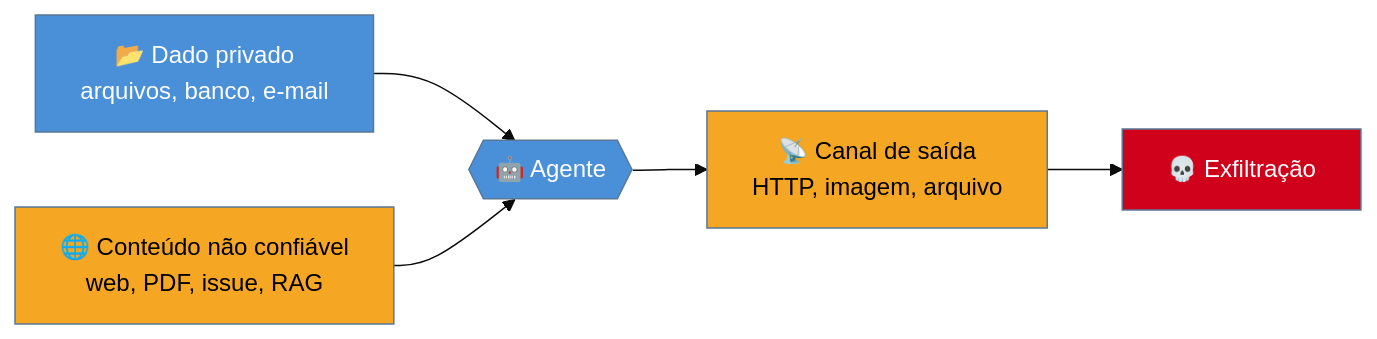
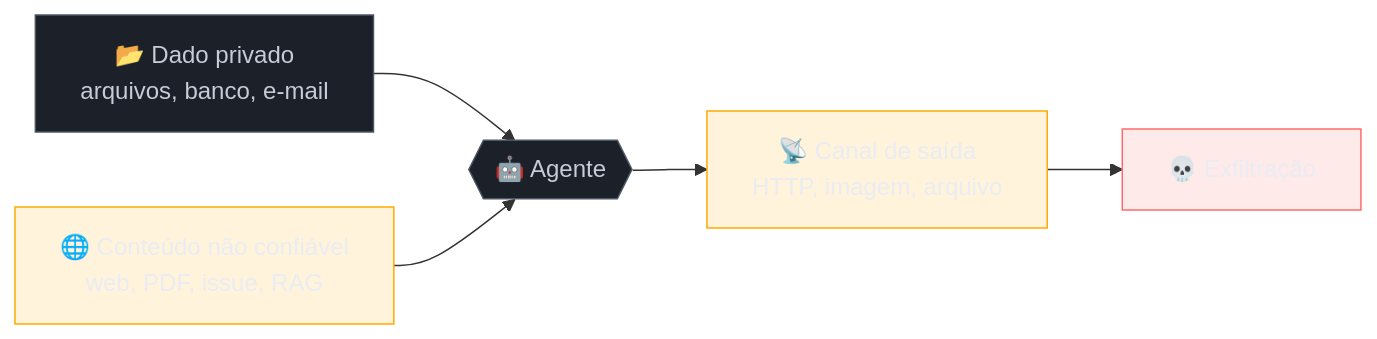
The diagram in 03-Dominios/Tecnologia/IA/Segurança e Guardrails/13 - Prompt injection — quando o dado vira instrução.md (josenaldo/codex-technomanticus), drawn with Mermaid before and after one commit. The commit also changed 1181 other files, not shown here.

First line of the commit message:
fix(diagramas): paleta do sistema no lugar de cor cravada no markdown

````diff
--- a/03-Dominios/Tecnologia/IA/Segurança e Guardrails/13 - Prompt injection — quando o dado vira instrução.md
+++ b/03-Dominios/Tecnologia/IA/Segurança e Guardrails/13 - Prompt injection — quando o dado vira instrução.md
@@ -104,14 +104,16 @@
 ```mermaid
-%%{init: {"theme": "base", "themeVariables": {"primaryColor": "#4A90D9"}}}%%
 graph LR
+    classDef neutro fill:#1B2029,stroke:#4E5666,color:#C6CCD8
+    classDef destaque fill:#FFAA0024,stroke:#FFAA00,color:#E9ECF2
+    classDef falha fill:#FF6B6B24,stroke:#FF6B6B,color:#E9ECF2
     A["📂 Dado privado<br/>arquivos, banco, e-mail"] --> C{{"🤖 Agente"}}
     B["🌐 Conteúdo não confiável<br/>web, PDF, issue, RAG"] --> C
     C --> D["📡 Canal de saída<br/>HTTP, imagem, arquivo"]
     D --> E["💀 Exfiltração"]
 
-    style A fill:#4A90D9,color:#fff
-    style B fill:#F5A623,color:#000
-    style C fill:#4A90D9,color:#fff
-    style D fill:#F5A623,color:#000
-    style E fill:#D0021B,color:#fff
+    class A neutro
+    class B destaque
+    class C neutro
+    class D destaque
+    class E falha
 ```
````
